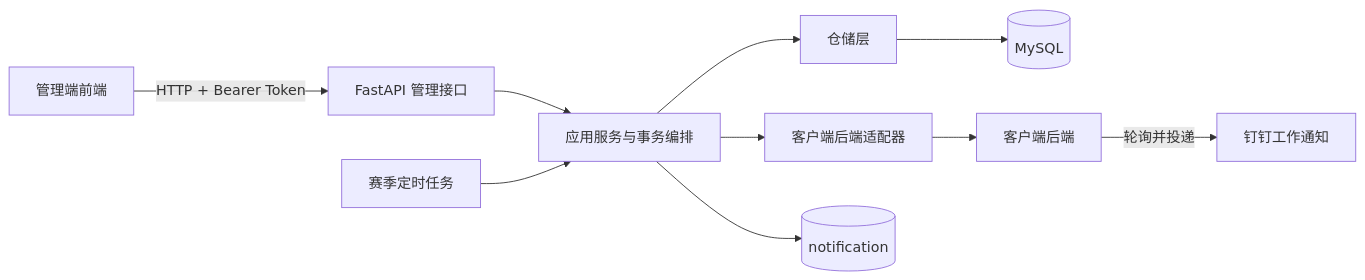
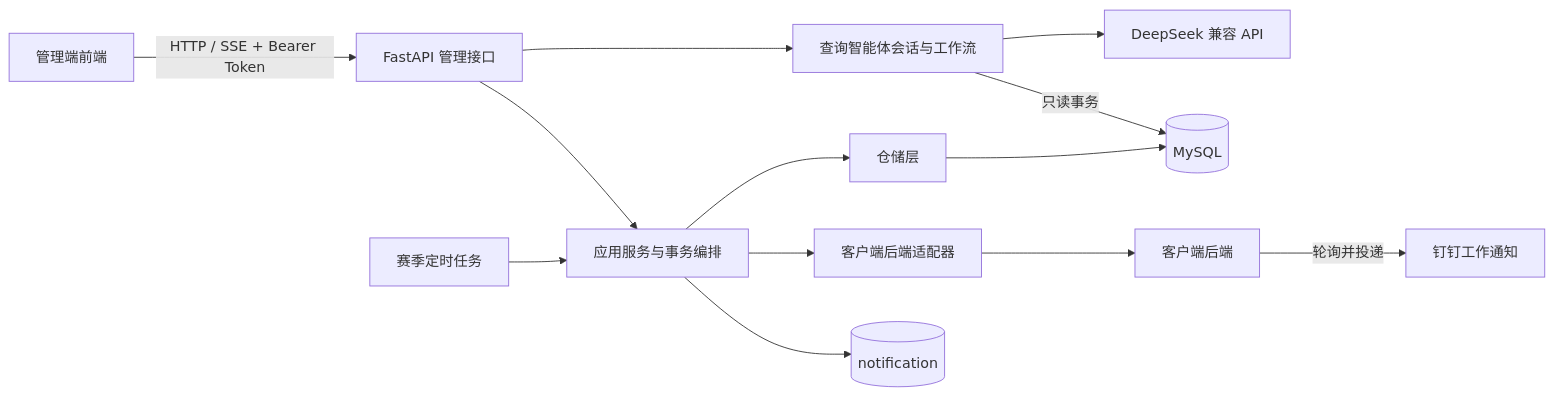
The diagram in README.md (caicai-6666/flame-sport-pheno-manage-be), drawn with Mermaid before and after one commit. The commit also changed other lines of this file and 88 other files, not shown here.

````diff
--- a/README.md
+++ b/README.md
@@ -51,12 +52,15 @@
 ```mermaid
 flowchart LR
-    MF[管理端前端] -->|HTTP + Bearer Token| API[FastAPI 管理接口]
+    MF[管理端前端] -->|HTTP / SSE + Bearer Token| API[FastAPI 管理接口]
     API --> S[应用服务与事务编排]
+    API --> AQ[查询智能体会话与工作流]
+    AQ --> DS[DeepSeek 兼容 API]
+    AQ -->|只读事务| DB
     S --> R[仓储层]
     R --> DB[(MySQL)]
     S --> C[客户端后端适配器]
     C --> CB[客户端后端]
     J[赛季定时任务] --> S
     S --> N[(notification)]
     CB -->|轮询并投递| DD[钉钉工作通知]
 ```
````
